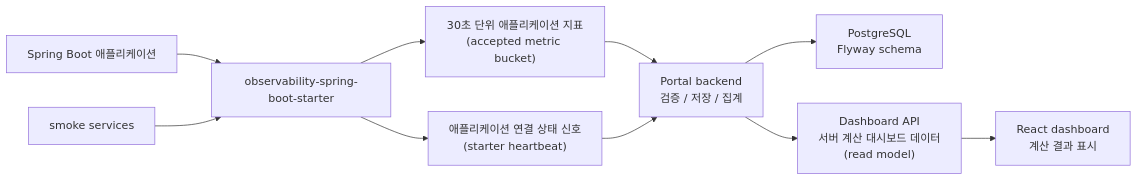
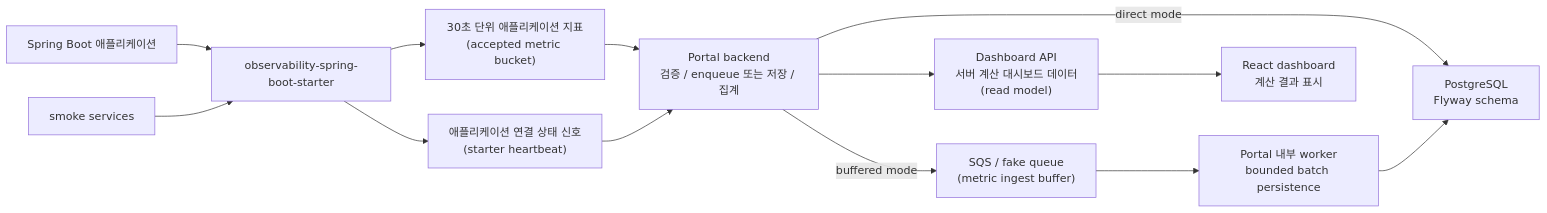
Before and after one commit to tlsdla1235/obser_service: the diagram in README.md, drawn with Mermaid. The commit also changed other lines of this file and 13 other files, not shown here.

Commit message:
test: record sqs ingest benchmark evidence

````diff
--- a/README.md
+++ b/README.md
@@ -25,12 +26,15 @@
 ```mermaid
 flowchart LR
   Host["Spring Boot 애플리케이션"] --> Starter["observability-spring-boot-starter"]
   Starter --> Metrics["30초 단위 애플리케이션 지표<br/>(accepted metric bucket)"]
   Starter --> Heartbeat["애플리케이션 연결 상태 신호<br/>(starter heartbeat)"]
-  Metrics --> Portal["Portal backend<br/>검증 / 저장 / 집계"]
+  Metrics --> Portal["Portal backend<br/>검증 / enqueue 또는 저장 / 집계"]
   Heartbeat --> Portal
-  Portal --> Db["PostgreSQL<br/>Flyway schema"]
+  Portal -->|direct mode| Db["PostgreSQL<br/>Flyway schema"]
+  Portal -->|buffered mode| Queue["SQS / fake queue<br/>(metric ingest buffer)"]
+  Queue --> Worker["Portal 내부 worker<br/>bounded batch persistence"]
+  Worker --> Db
   Portal --> Api["Dashboard API<br/>서버 계산 대시보드 데이터<br/>(read model)"]
   Api --> Frontend["React dashboard<br/>계산 결과 표시"]
   Smoke["smoke services"] --> Starter
 ```
````
